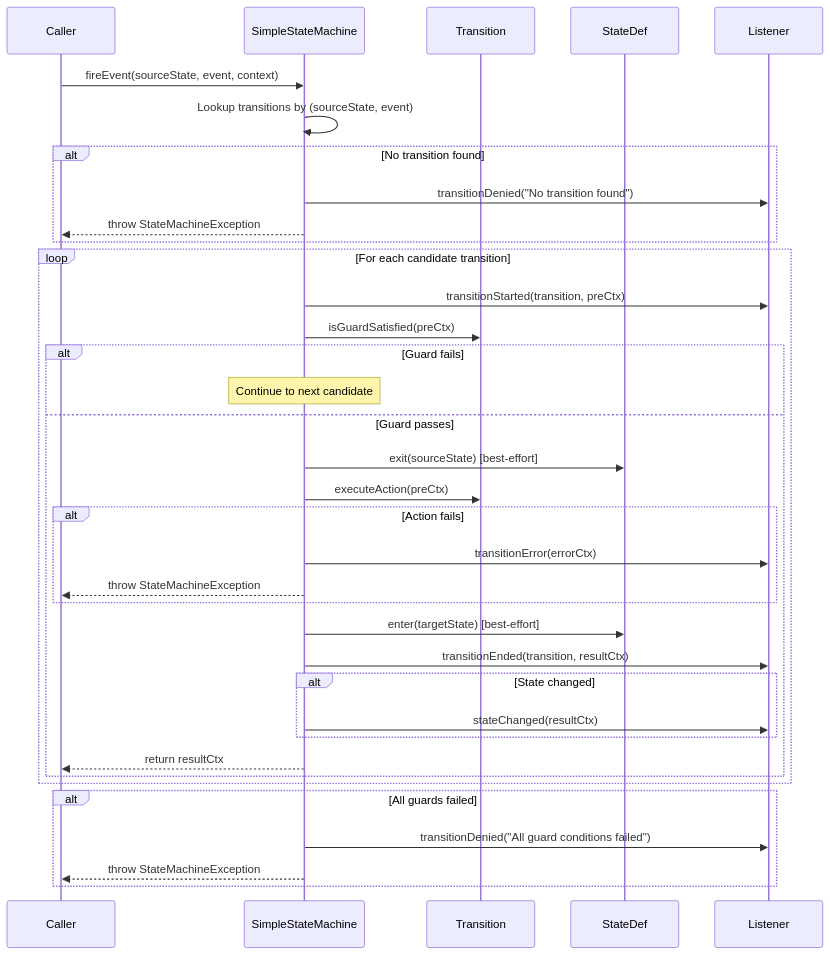
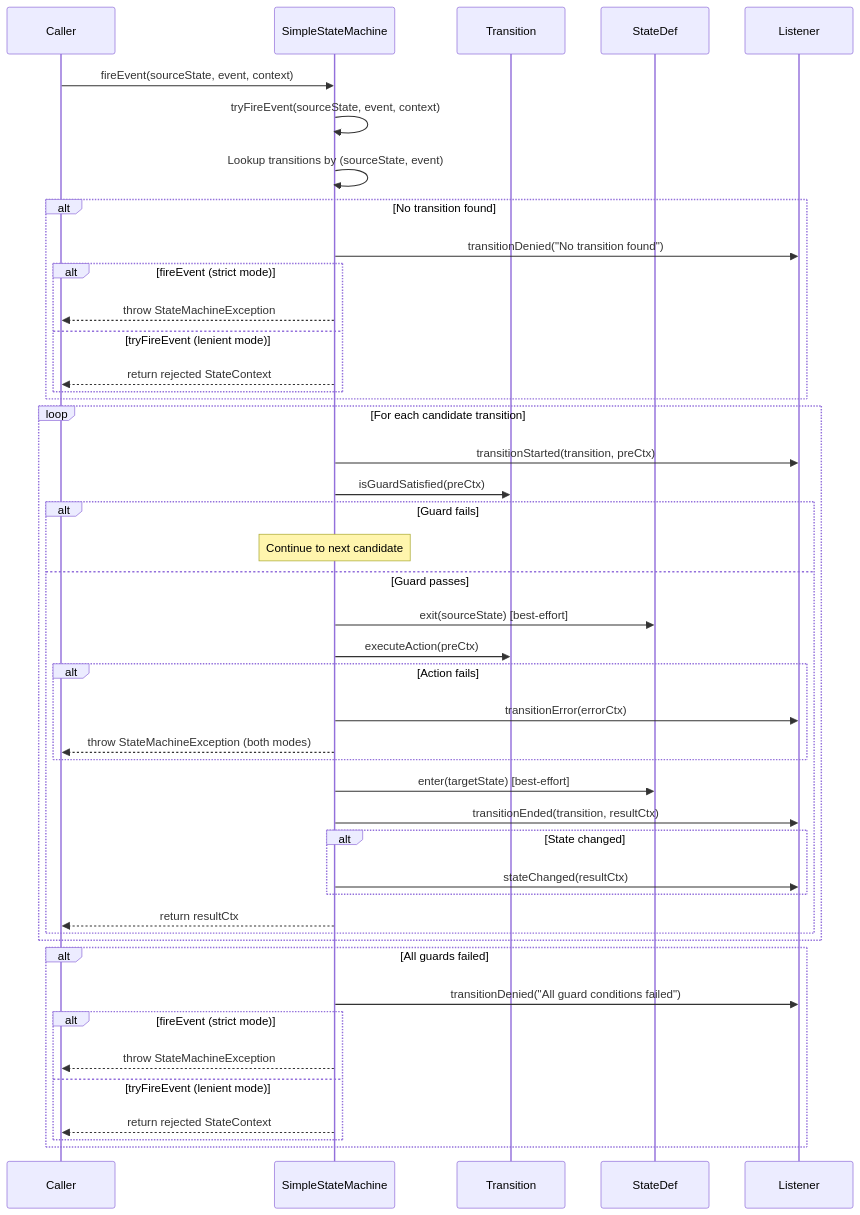
The diagram in 08-Code/state-machine/docs/01-State-Machine-Core-Design.md (huangzhiqiu/ai-knowledge-design), drawn with Mermaid before and after one commit. The commit also changed other lines of this file and 7 other files, not shown here.

````diff
--- a/08-Code/state-machine/docs/01-State-Machine-Core-Design.md
+++ b/08-Code/state-machine/docs/01-State-Machine-Core-Design.md
@@ -185,41 +242,50 @@
 ```mermaid
 sequenceDiagram
     participant Caller
     participant SM as SimpleStateMachine
     participant T as Transition
     participant SD as StateDef
     participant L as Listener
 
     Caller->>SM: fireEvent(sourceState, event, context)
+    SM->>SM: tryFireEvent(sourceState, event, context)
     SM->>SM: Lookup transitions by (sourceState, event)
     alt No transition found
         SM->>L: transitionDenied("No transition found")
-        SM-->>Caller: throw StateMachineException
+        alt fireEvent (strict mode)
+            SM-->>Caller: throw StateMachineException
+        else tryFireEvent (lenient mode)
+            SM-->>Caller: return rejected StateContext
+        end
     end
 
     loop For each candidate transition
         SM->>L: transitionStarted(transition, preCtx)
         SM->>T: isGuardSatisfied(preCtx)
         alt Guard fails
             Note over SM: Continue to next candidate
         else Guard passes
             SM->>SD: exit(sourceState) [best-effort]
             SM->>T: executeAction(preCtx)
             alt Action fails
                 SM->>L: transitionError(errorCtx)
-                SM-->>Caller: throw StateMachineException
+                SM-->>Caller: throw StateMachineException (both modes)
             end
             SM->>SD: enter(targetState) [best-effort]
             SM->>L: transitionEnded(transition, resultCtx)
             alt State changed
                 SM->>L: stateChanged(resultCtx)
             end
             SM-->>Caller: return resultCtx
         end
     end
 
     alt All guards failed
         SM->>L: transitionDenied("All guard conditions failed")
-        SM-->>Caller: throw StateMachineException
+        alt fireEvent (strict mode)
+            SM-->>Caller: throw StateMachineException
+        else tryFireEvent (lenient mode)
+            SM-->>Caller: return rejected StateContext
+        end
     end
 ```
````
